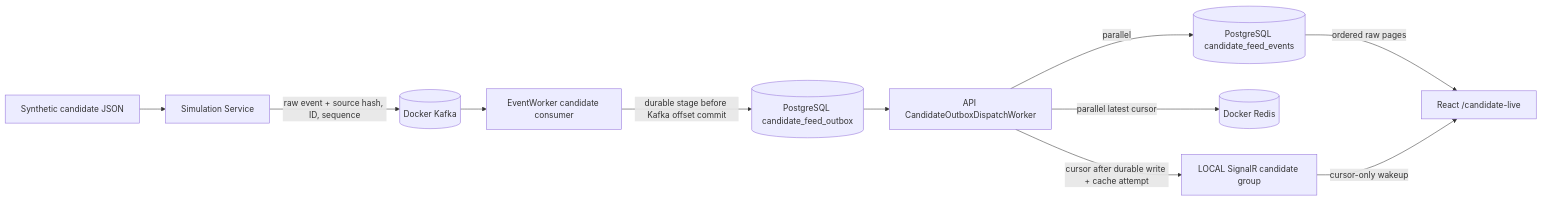
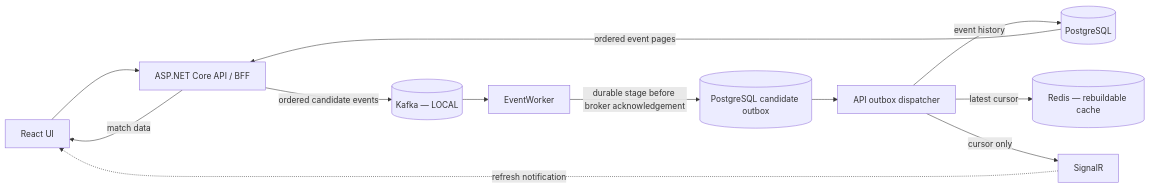
The second of 4 diagrams in README.md (prateekgangopadhyay/PitchMind), drawn with Mermaid before and after one commit. The commit also changed other lines of this file and 16 other files, not shown here.

````diff
--- a/README.md
+++ b/README.md
@@ -127,13 +21,14 @@
 ```mermaid
 flowchart LR
-  Source["Synthetic candidate JSON"] --> Sim["Simulation Service"]
-  Sim -->|raw event + source hash, ID, sequence| Kafka[("Docker Kafka")]
-  Kafka --> Worker["EventWorker candidate consumer"]
-  Worker -->|durable stage before Kafka offset commit| Outbox[("PostgreSQL candidate_feed_outbox")]
-  Outbox --> Dispatch["API CandidateOutboxDispatchWorker"]
-  Dispatch -->|parallel| History[("PostgreSQL candidate_feed_events")]
-  Dispatch -->|parallel latest cursor| Redis[("Docker Redis")]
-  Dispatch -->|cursor after durable write + cache attempt| Hub["LOCAL SignalR candidate group"]
-  History -->|ordered raw pages| UI["React /candidate-live"]
-  Hub -->|cursor-only wakeup| UI
+  Browser["React UI"] --> API["ASP.NET Core API / BFF"]
+  API -->|"ordered candidate events"| Kafka[("Kafka — LOCAL")]
+  Kafka --> Worker["EventWorker"]
+  Worker -->|"durable stage before broker acknowledgement"| Outbox[("PostgreSQL candidate outbox")]
+  Outbox --> Dispatch["API outbox dispatcher"]
+  Dispatch -->|"event history"| PostgreSQL[("PostgreSQL")]
+  Dispatch -->|"latest cursor"| Redis[("Redis — rebuildable cache")]
+  Dispatch -->|"cursor only"| SignalR["SignalR"]
+  SignalR -. "refresh notification" .-> Browser
+  PostgreSQL -->|"ordered event pages"| API
+  API -->|"match data"| Browser
 ```
````
